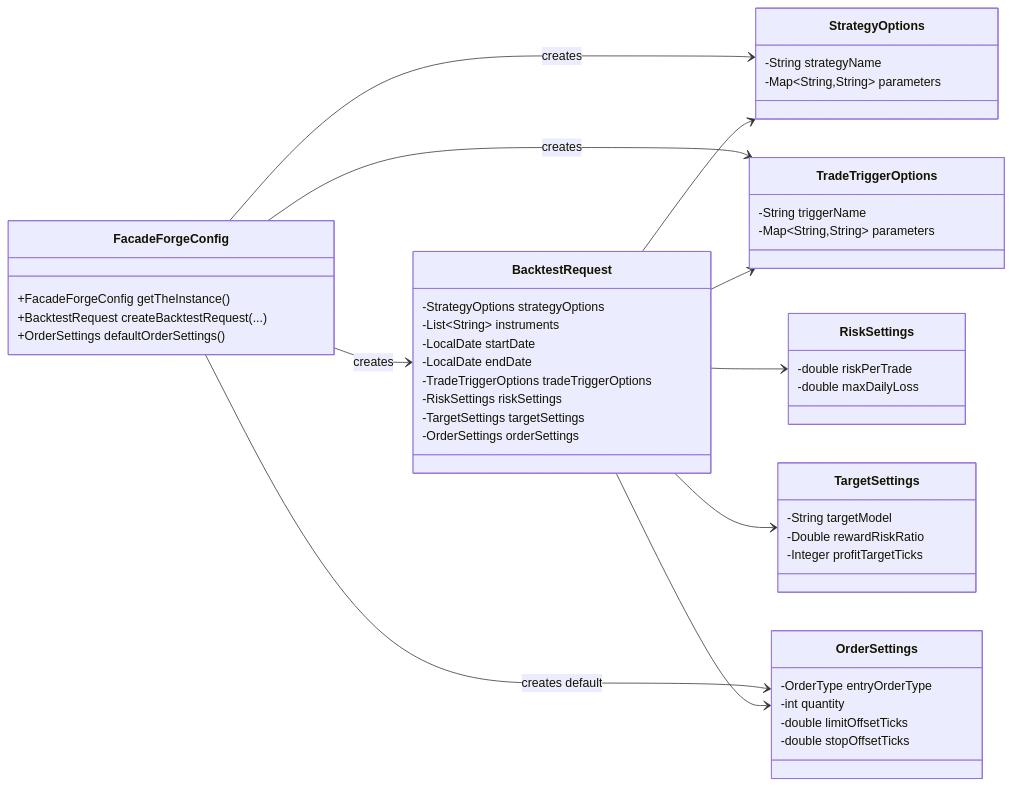
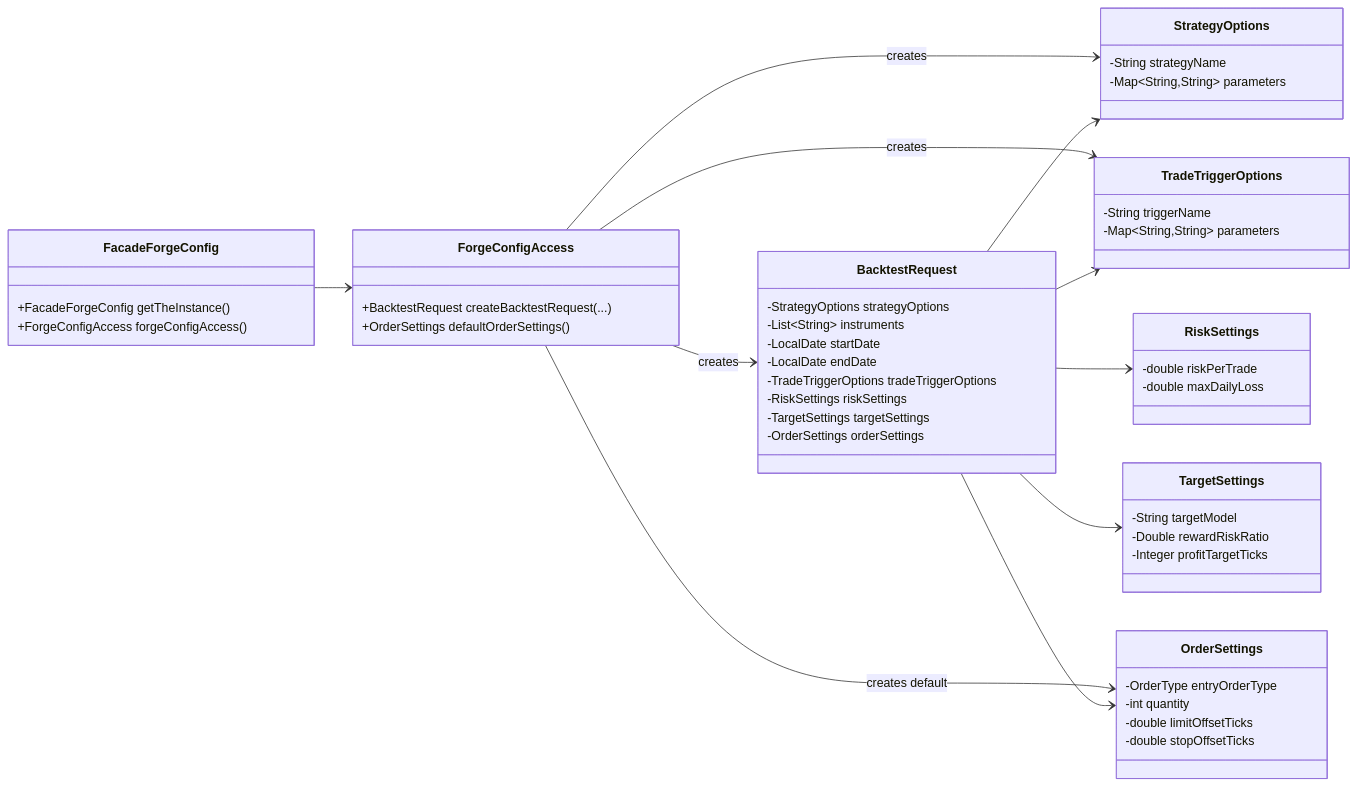
Before and after one commit to probst-paul/FORGE: the fourth of 13 diagrams in class-model.md, drawn with Mermaid. The commit also changed other lines of this file and 16 other files, not shown here.

First line of the commit message:
Add Forge*Access facades and refactor facades

````diff
--- a/class-model.md
+++ b/class-model.md
@@ -189,59 +202,64 @@
 ```mermaid
 classDiagram
     direction LR
 
     class FacadeForgeConfig {
         +FacadeForgeConfig getTheInstance()
+        +ForgeConfigAccess forgeConfigAccess()
+    }
+
+    class ForgeConfigAccess {
         +BacktestRequest createBacktestRequest(...)
         +OrderSettings defaultOrderSettings()
     }
 
     class BacktestRequest {
         -StrategyOptions strategyOptions
         -List~String~ instruments
         -LocalDate startDate
         -LocalDate endDate
         -TradeTriggerOptions tradeTriggerOptions
         -RiskSettings riskSettings
         -TargetSettings targetSettings
         -OrderSettings orderSettings
     }
 
     class StrategyOptions {
         -String strategyName
         -Map~String,String~ parameters
     }
 
     class TradeTriggerOptions {
         -String triggerName
         -Map~String,String~ parameters
     }
 
     class RiskSettings {
         -double riskPerTrade
         -double maxDailyLoss
     }
 
     class TargetSettings {
         -String targetModel
         -Double rewardRiskRatio
         -Integer profitTargetTicks
     }
 
     class OrderSettings {
         -OrderType entryOrderType
         -int quantity
         -double limitOffsetTicks
         -double stopOffsetTicks
     }
 
-    FacadeForgeConfig --> BacktestRequest : creates
-    FacadeForgeConfig --> StrategyOptions : creates
-    FacadeForgeConfig --> TradeTriggerOptions : creates
-    FacadeForgeConfig --> OrderSettings : creates default
+    FacadeForgeConfig --> ForgeConfigAccess
+    ForgeConfigAccess --> BacktestRequest : creates
+    ForgeConfigAccess --> StrategyOptions : creates
+    ForgeConfigAccess --> TradeTriggerOptions : creates
+    ForgeConfigAccess --> OrderSettings : creates default
     BacktestRequest --> StrategyOptions
     BacktestRequest --> TradeTriggerOptions
     BacktestRequest --> RiskSettings
     BacktestRequest --> TargetSettings
     BacktestRequest --> OrderSettings
 ```
````
